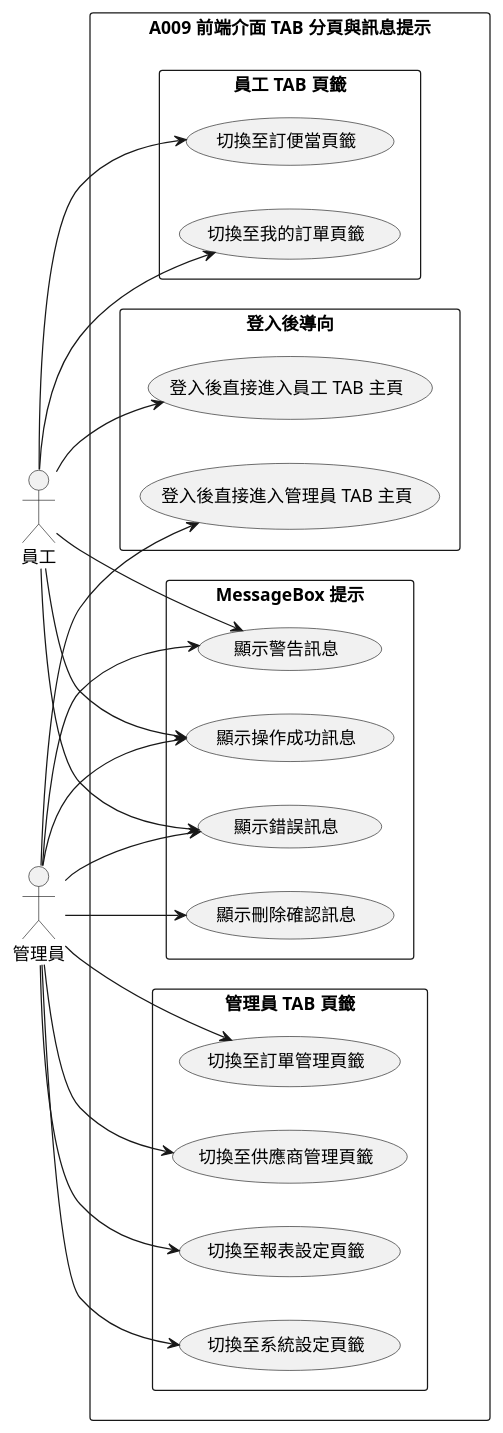
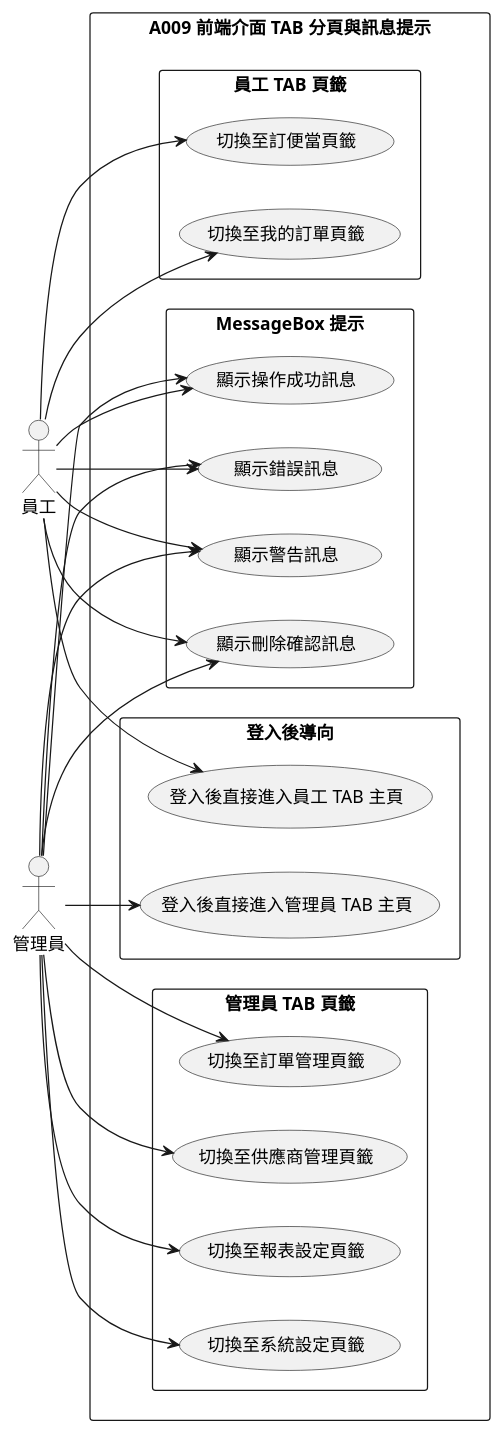
One commit to teyhawzhe/bento-uml changed the diagram in output/A009/A009-usecase.puml. Above: the diagram before and after it, drawn with PlantUML. The commit also changed 15 other files, not shown here.

```diff
--- a/output/A009/A009-usecase.puml
+++ b/output/A009/A009-usecase.puml
@@ -1,50 +1,51 @@
 @startuml A009-usecase
 left to right direction
 
 actor 員工
 actor 管理員
 
 rectangle "A009 前端介面 TAB 分頁與訊息提示" {
     rectangle "登入後導向" {
         usecase "登入後直接進入員工 TAB 主頁" as UC_ROUTE1
         usecase "登入後直接進入管理員 TAB 主頁" as UC_ROUTE2
     }
 
     rectangle "員工 TAB 頁籤" {
         usecase "切換至訂便當頁籤" as UC_EMP_TAB1
         usecase "切換至我的訂單頁籤" as UC_EMP_TAB2
     }
 
     rectangle "管理員 TAB 頁籤" {
         usecase "切換至訂單管理頁籤" as UC_ADM_TAB1
         usecase "切換至供應商管理頁籤" as UC_ADM_TAB2
         usecase "切換至報表設定頁籤" as UC_ADM_TAB3
         usecase "切換至系統設定頁籤" as UC_ADM_TAB4
     }
 
     rectangle "MessageBox 提示" {
         usecase "顯示操作成功訊息" as UC_MSG1
         usecase "顯示錯誤訊息" as UC_MSG2
         usecase "顯示警告訊息" as UC_MSG3
         usecase "顯示刪除確認訊息" as UC_MSG4
     }
 }
 
 員工 --> UC_ROUTE1
 員工 --> UC_EMP_TAB1
 員工 --> UC_EMP_TAB2
 員工 --> UC_MSG1
 員工 --> UC_MSG2
 員工 --> UC_MSG3
+員工 --> UC_MSG4
 
 管理員 --> UC_ROUTE2
 管理員 --> UC_ADM_TAB1
 管理員 --> UC_ADM_TAB2
 管理員 --> UC_ADM_TAB3
 管理員 --> UC_ADM_TAB4
 管理員 --> UC_MSG1
 管理員 --> UC_MSG2
 管理員 --> UC_MSG3
 管理員 --> UC_MSG4
 
 @enduml
```
